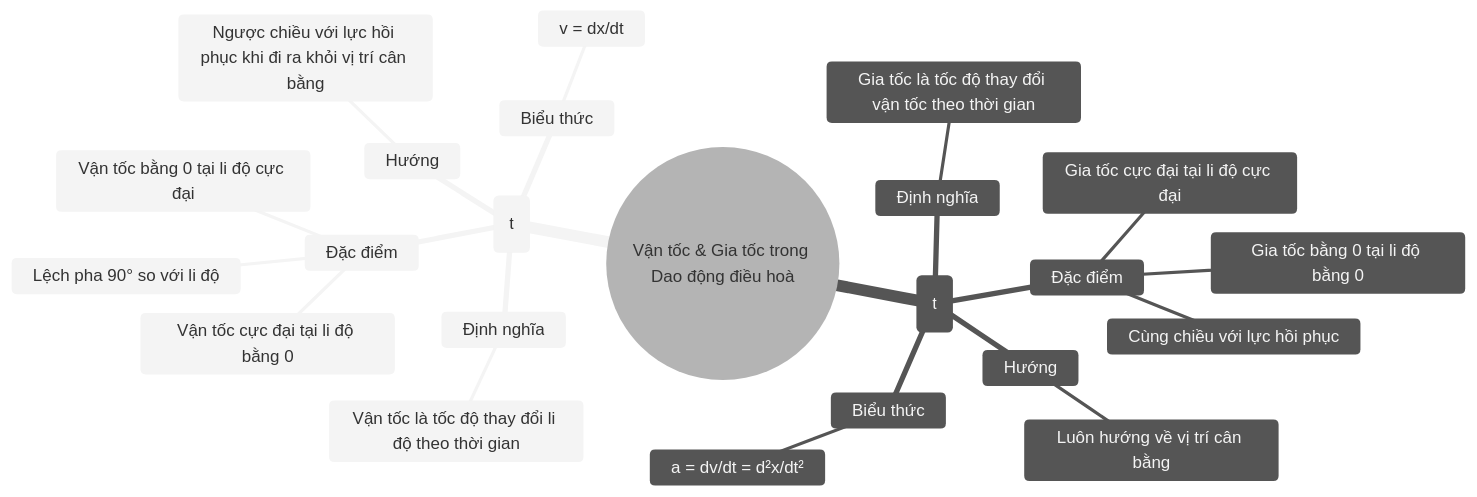
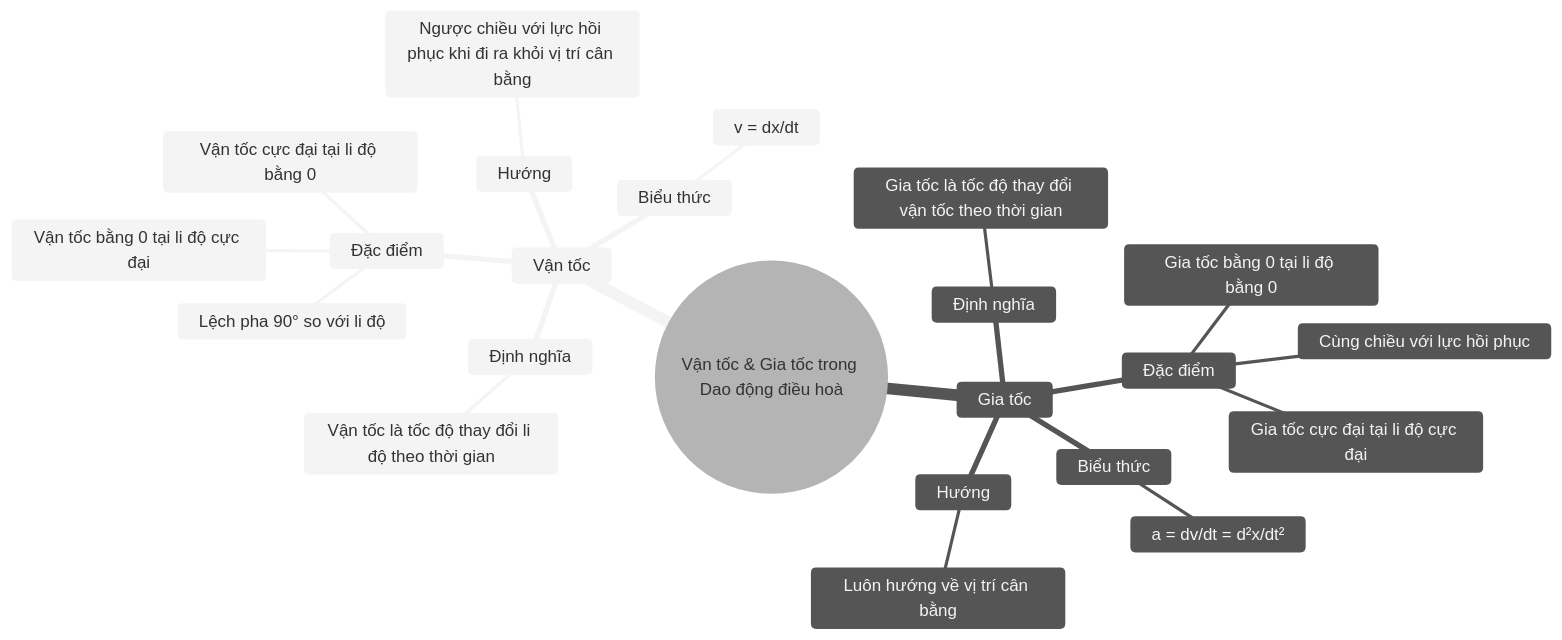
Before and after one commit to aerovfx/Science: the diagram in Physic02_K11/ch01_Dao_dong/b03_Van_toc_gia_toc_trong_dao_dong_dieu_hoa/01_Topic.md, drawn with Mermaid (neutral theme).

Commit message:
ban do tu duy van toc va gia toc

````diff
--- a/Physic02_K11/ch01_Dao_dong/b03_Van_toc_gia_toc_trong_dao_dong_dieu_hoa/01_Topic.md
+++ b/Physic02_K11/ch01_Dao_dong/b03_Van_toc_gia_toc_trong_dao_dong_dieu_hoa/01_Topic.md
@@ -1,29 +1,29 @@
 ```mermaid
 mindmap
   root((Vận tốc & Gia tốc trong Dao động điều hoà))
 
-    Vận tốc v(t)
+    Vận tốc
       Định nghĩa
         Vận tốc là tốc độ thay đổi li độ theo thời gian
       Biểu thức
         v = dx/dt
       Đặc điểm
         Vận tốc cực đại tại li độ bằng 0
         Vận tốc bằng 0 tại li độ cực đại
         Lệch pha 90° so với li độ
       Hướng
         Ngược chiều với lực hồi phục khi đi ra khỏi vị trí cân bằng
 
-    Gia tốc a(t)
+    Gia tốc
       Định nghĩa
         Gia tốc là tốc độ thay đổi vận tốc theo thời gian
       Biểu thức
         a = dv/dt = d²x/dt²
       Đặc điểm
         Gia tốc cực đại tại li độ cực đại
         Gia tốc bằng 0 tại li độ bằng 0
         Cùng chiều với lực hồi phục
       Hướng
         Luôn hướng về vị trí cân bằng
 
 ```
````
